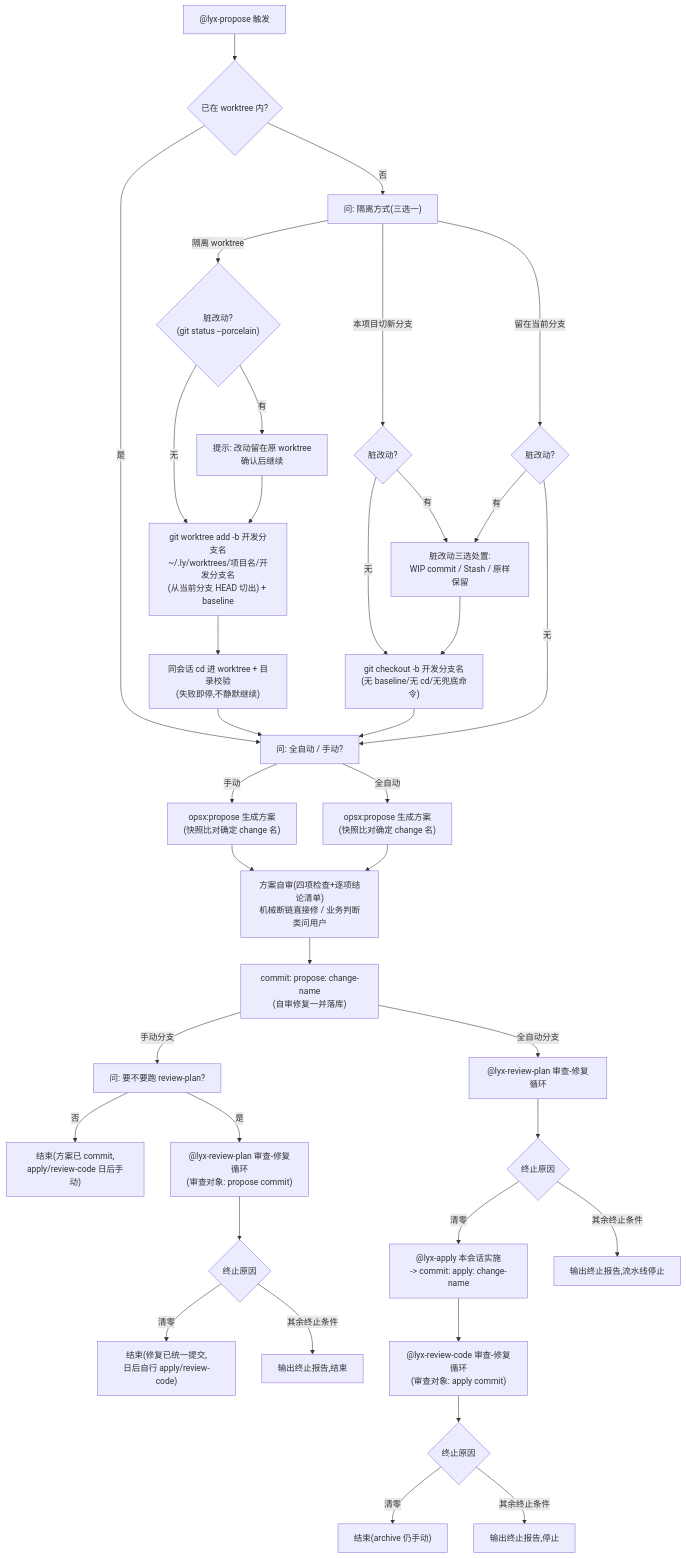
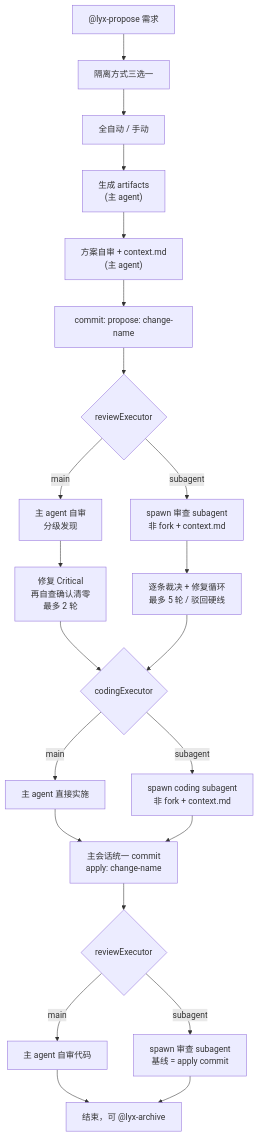
One commit to FE-runner/ly-workflow-codex changed the first of 5 diagrams in workflow.md. Above: the diagram before and after it, drawn with Mermaid. The commit also changed other lines of this file, not shown here.

Commit message:
docs: workflow.md 更新为执行者可切换流程图

````diff
--- a/workflow.md
+++ b/workflow.md
@@ -7,43 +9,24 @@
 ```mermaid
 flowchart TD
-    Start["@lyx-propose 触发"] --> InWt{已在 worktree 内?}
-    InWt -->|是| AskAuto["问: 全自动 / 手动?"]
-    InWt -->|否| AskIso["问: 隔离方式(三选一)"]
-    AskIso -->|隔离 worktree| WtDirty{"脏改动?<br/>(git status --porcelain)"}
-    WtDirty -->|有| WtHint["提示: 改动留在原 worktree<br/>确认后继续"]
-    WtDirty -->|无| WtCreate
-    WtHint --> WtCreate["git worktree add -b 开发分支名<br/>~/.ly/worktrees/项目名/开发分支名<br/>(从当前分支 HEAD 切出) + baseline"]
-    WtCreate --> WtCd["同会话 cd 进 worktree + 目录校验<br/>(失败即停,不静默继续)"]
-    WtCd --> AskAuto
-    AskIso -->|本项目切新分支| Dirty1{"脏改动?"}
-    Dirty1 -->|有| Disp["脏改动三选处置:<br/>WIP commit / Stash / 原样保留"]
-    Dirty1 -->|无| Branch
-    Disp --> Branch["git checkout -b 开发分支名<br/>(无 baseline/无 cd/无兜底命令)"]
-    Branch --> AskAuto
-    AskIso -->|留在当前分支| Dirty2{"脏改动?"}
-    Dirty2 -->|有| Disp
-    Dirty2 -->|无| AskAuto
-
-    AskAuto -->|手动| M1["opsx:propose 生成方案<br/>(快照比对确定 change 名)"]
-    AskAuto -->|全自动| A1["opsx:propose 生成方案<br/>(快照比对确定 change 名)"]
-
-    M1 --> SelfReview["方案自审(四项检查+逐项结论清单)<br/>机械断链直接修 / 业务判断类问用户"]
-    A1 --> SelfReview
-    SelfReview --> Commit["commit: propose: change-name<br/>(自审修复一并落库)"]
-
-    Commit -->|手动分支| C3["问: 要不要跑 review-plan?"]
-    C3 -->|否| C4["结束(方案已 commit,<br/>apply/review-code 日后手动)"]
-    C3 -->|是| C5["@lyx-review-plan 审查-修复循环<br/>(审查对象: propose commit)"]
-    C5 --> C6{终止原因}
-    C6 -->|清零| C7["结束(修复已统一提交,<br/>日后自行 apply/review-code)"]
-    C6 -->|其余终止条件| C8["输出终止报告,结束"]
-
-    Commit -->|全自动分支| B1["@lyx-review-plan 审查-修复循环"]
-    B1 --> B2{终止原因}
-    B2 -->|清零| BApply["@lyx-apply 本会话实施<br/>-> commit: apply: change-name"]
-    B2 -->|其余终止条件| B6["输出终止报告,流水线停止"]
-    BApply --> BCode["@lyx-review-code 审查-修复循环<br/>(审查对象: apply commit)"]
-    BCode --> B5{终止原因}
-    B5 -->|清零| B7["结束(archive 仍手动)"]
-    B5 -->|其余终止条件| B8["输出终止报告,停止"]
+    A["@lyx-propose 需求"] --> B["隔离方式三选一"]
+    B --> C["全自动 / 手动"]
+    C --> D["生成 artifacts<br/>(主 agent)"]
+    D --> E["方案自审 + context.md<br/>(主 agent)"]
+    E --> F["commit: propose: change-name"]
+    F --> G{"reviewExecutor"}
+    G -->|main| H["主 agent 自审<br/>分级发现"]
+    G -->|subagent| I["spawn 审查 subagent<br/>非 fork + context.md"]
+    H --> J["修复 Critical<br/>再自查确认清零<br/>最多 2 轮"]
+    I --> K["逐条裁决 + 修复循环<br/>最多 5 轮 / 驳回硬线"]
+    J --> L{"codingExecutor"}
+    K --> L
+    L -->|main| M["主 agent 直接实施"]
+    L -->|subagent| N["spawn coding subagent<br/>非 fork + context.md"]
+    M --> O["主会话统一 commit<br/>apply: change-name"]
+    N --> O
+    O --> P{"reviewExecutor"}
+    P -->|main| Q["主 agent 自审代码"]
+    P -->|subagent| R["spawn 审查 subagent<br/>基线 = apply commit"]
+    Q --> S["结束，可 @lyx-archive"]
+    R --> S
 ```
````
